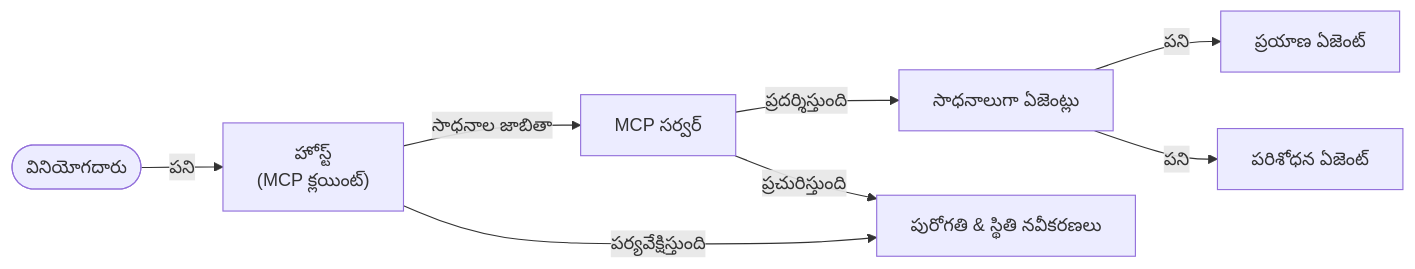
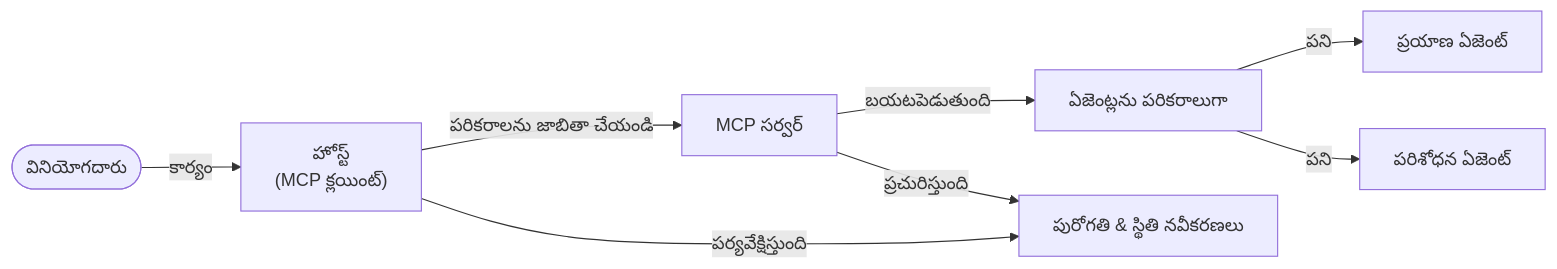
One commit to gabrielmoreira/agent-skills-mirror changed the fifth of 5 diagrams in mirrors/repos/microsoft@ai-agents-for-beginners/translations/te/11-agentic-protocols/code_samples/mcp-agents/README.md. Above: the diagram before and after it, drawn with Mermaid. The commit also changed other lines of this file and 4262 other files, not shown here.

````diff
--- a/mirrors/repos/microsoft@ai-agents-for-beginners/translations/te/11-agentic-protocols/code_samples/mcp-agents/README.md
+++ b/mirrors/repos/microsoft@ai-agents-for-beginners/translations/te/11-agentic-protocols/code_samples/mcp-agents/README.md
@@ -433,15 +448,15 @@
 ```mermaid
 graph LR
-    User([వినియోగదారు]) -->|"పని"| Host["హోస్ట్<br/>(MCP క్లయింట్)"]
-    Host -->|సాధనాల జాబితా| Server[MCP సర్వర్]
-    Server -->|ప్రదర్శిస్తుంది| AgentsTools[సాధనాలుగా ఏజెంట్లు]
+    User([వినియోగదారు]) -->|"కార్యం"| Host["హోస్ట్<br/>(MCP క్లయింట్)"]
+    Host -->|పరికరాలను జాబితా చేయండి| Server[MCP సర్వర్]
+    Server -->|బయటపెడుతుంది| AgentsTools[ఏజెంట్లను పరికరాలుగా]
     AgentsTools -->|పని| AgentA[ప్రయాణ ఏజెంట్]
     AgentsTools -->|పని| AgentB[పరిశోధన ఏజెంట్]
 
     Host -->|పర్యవేక్షిస్తుంది| StateUpdates[పురోగతి & స్థితి నవీకరణలు]
     Server -->|ప్రచురిస్తుంది| StateUpdates
 
     class User user;
     class AgentA,AgentB agent;
     class Host,Server,StateUpdates core;
 ```
````
